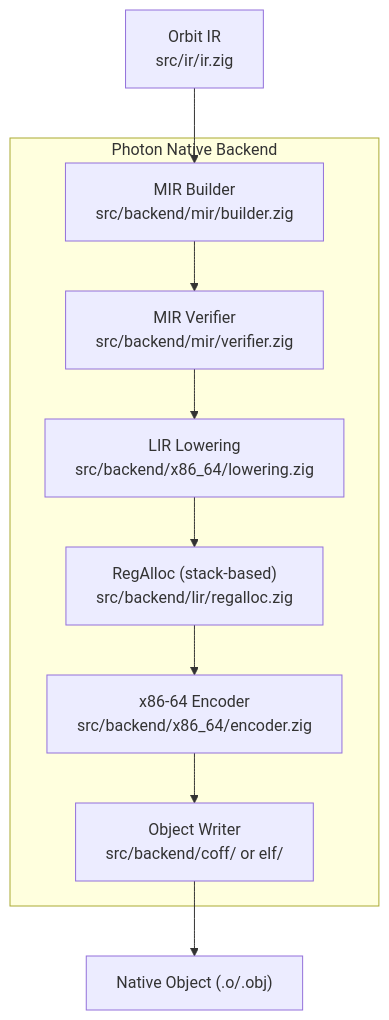
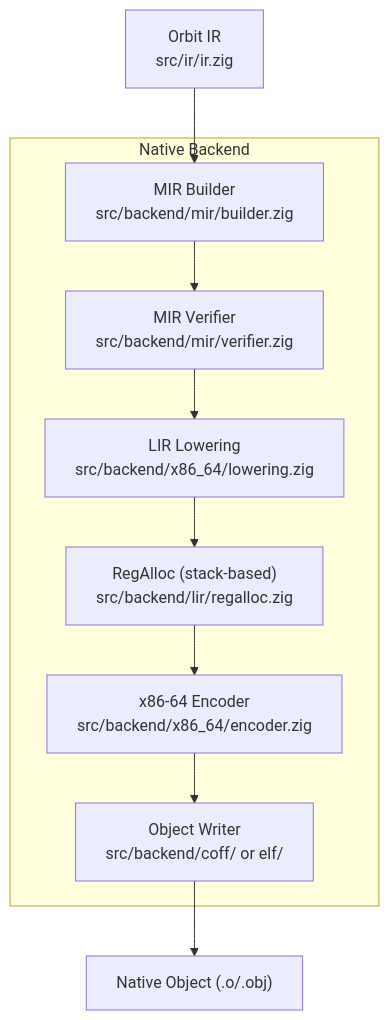
Before and after one commit to joacokhzyx/orbit-lang: the second of 2 diagrams in docs/ARCHITECTURE.md, drawn with Mermaid. The commit also changed other lines of this file and 51 other files, not shown here.

````diff
--- a/docs/ARCHITECTURE.md
+++ b/docs/ARCHITECTURE.md
@@ -221,16 +221,16 @@
 ```mermaid
 flowchart TD
     IR["Orbit IR\nsrc/ir/ir.zig"]
     
-    subgraph Photon Native Backend
+    subgraph Native Backend
         MIR["MIR Builder\nsrc/backend/mir/builder.zig"]
         VER["MIR Verifier\nsrc/backend/mir/verifier.zig"]
         LIR["LIR Lowering\nsrc/backend/x86_64/lowering.zig"]
         RA["RegAlloc (stack-based)\nsrc/backend/lir/regalloc.zig"]
         ENC["x86-64 Encoder\nsrc/backend/x86_64/encoder.zig"]
         OBJ["Object Writer\nsrc/backend/coff/ or elf/"]
     end
     
     IR --> MIR --> VER --> LIR --> RA --> ENC --> OBJ
     OBJ --> BIN["Native Object (.o/.obj)"]
 ```
````
